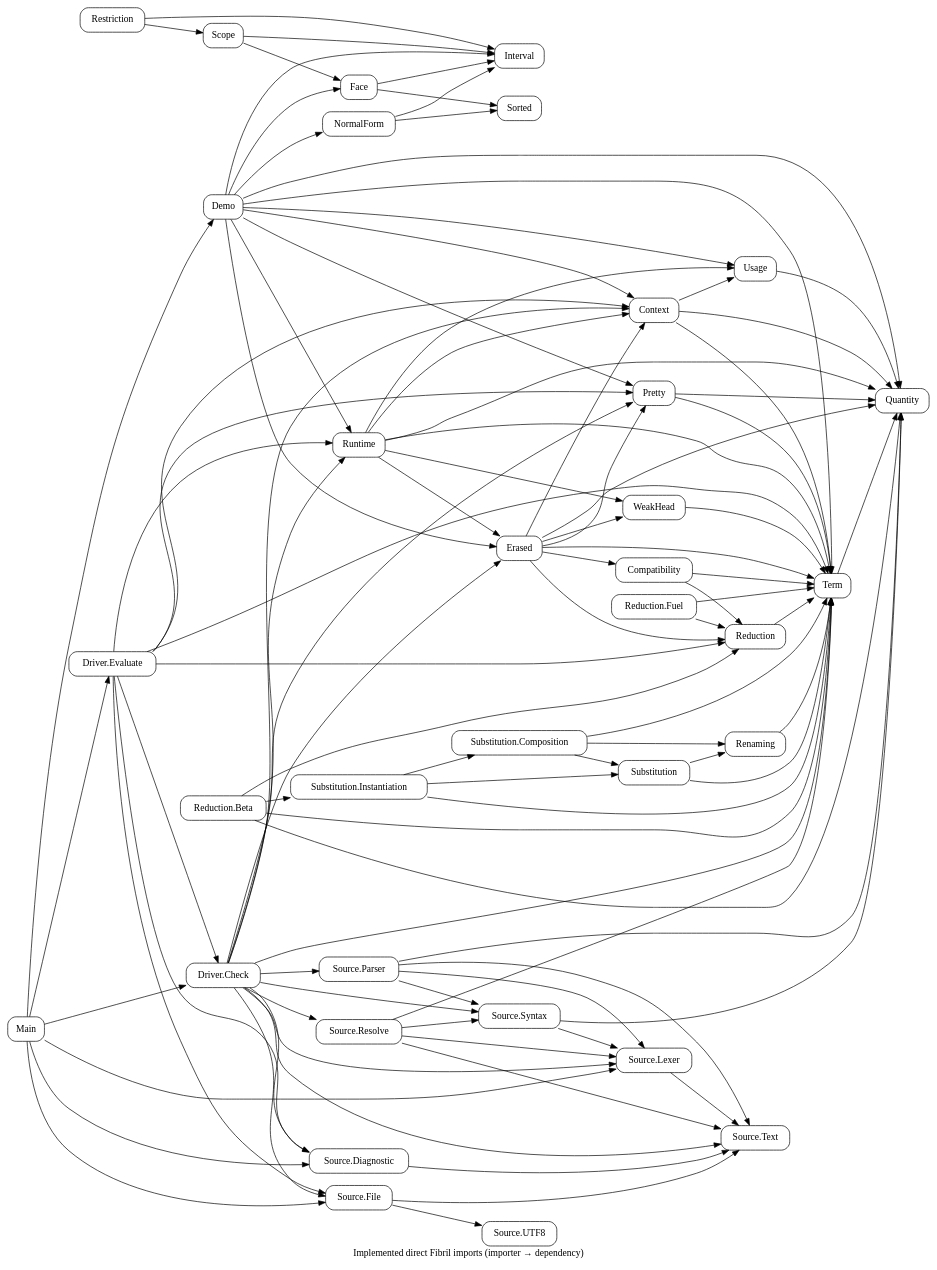
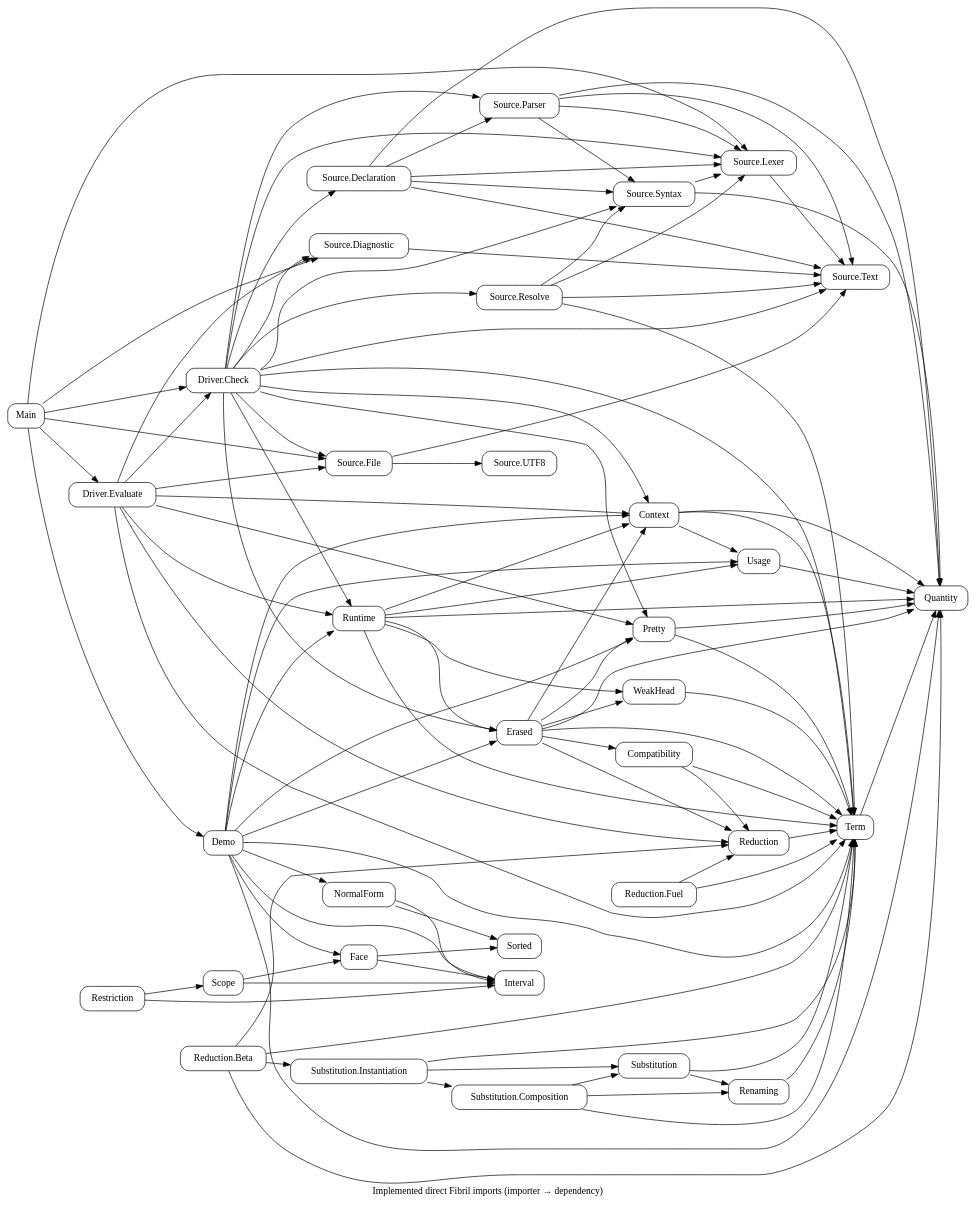
The diagram in docs/diagrams/modules.dot (odunboye/fibril), drawn with Graphviz before and after one commit. The commit also changed 29 other files, not shown here.

Commit message:
Add source-ordered nonrecursive declaration files with explicit main entry

```diff
--- a/docs/diagrams/modules.dot
+++ b/docs/diagrams/modules.dot
@@ -1,31 +1,32 @@
 digraph Modules {
 rankdir=LR; node [shape=box,style=rounded];
 "Source.File" -> {"Source.UTF8" "Source.Text"};
 Main -> {"Source.File" "Source.Lexer" "Source.Diagnostic"};
 "Source.Diagnostic" -> "Source.Text";
+"Source.Declaration" -> {Quantity "Source.Text" "Source.Lexer" "Source.Syntax" "Source.Parser"};
 "Source.Lexer" -> "Source.Text";
 "Source.Syntax" -> {Quantity "Source.Lexer"};
 "Source.Parser" -> {Quantity "Source.Text" "Source.Lexer" "Source.Syntax"};
 "Source.Resolve" -> {Term "Source.Text" "Source.Lexer" "Source.Syntax"};
-"Driver.Check" -> {"Source.Text" "Source.Lexer" "Source.Syntax" "Source.Parser" "Source.Resolve" "Source.File" "Source.Diagnostic" Term Context Pretty Erased Runtime};
+"Driver.Check" -> {"Source.Text" "Source.Lexer" "Source.Syntax" "Source.Parser" "Source.Declaration" "Source.Resolve" "Source.File" "Source.Diagnostic" Term Context Pretty Erased Runtime};
 Main -> {"Driver.Check" "Driver.Evaluate"};
 "Driver.Evaluate" -> {Context Term Pretty Reduction Runtime "Source.File" "Source.Diagnostic" "Driver.Check"};
 Quantity; Interval; NormalForm; Face; Scope; Restriction; Term;
 NormalForm -> {Interval Sorted}; Face -> {Interval Sorted};
 Scope -> {Interval Face}; Restriction -> {Interval Scope};
 Demo -> {Quantity Term Context Usage Pretty Erased Runtime Interval NormalForm Face};
 Main -> Demo;
 Pretty -> {Quantity Term};
 Term -> Quantity; Usage -> Quantity; Context -> {Quantity Term Usage};
 Reduction -> Term; WeakHead -> Term;
 Compatibility -> {Term Reduction};
 Renaming -> Term;
 Substitution -> {Term Renaming};
 "Substitution.Composition" -> {Term Renaming Substitution};
 "Substitution.Instantiation" -> {Term Substitution "Substitution.Composition"};
 "Reduction.Beta" -> {Quantity Term Reduction "Substitution.Instantiation"};
 "Reduction.Fuel" -> {Term Reduction};
 Erased -> {Quantity Term Pretty Context Compatibility WeakHead Reduction};
 Runtime -> {Quantity Term Context Usage WeakHead Erased};
 label="Implemented direct Fibril imports (importer → dependency)";
 }
```
